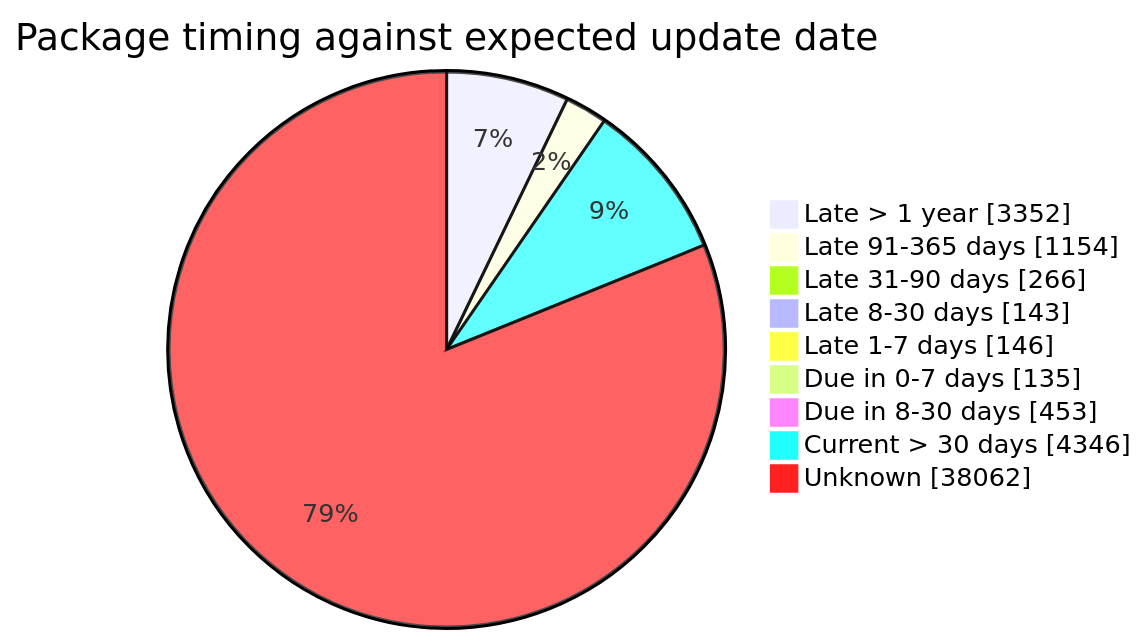
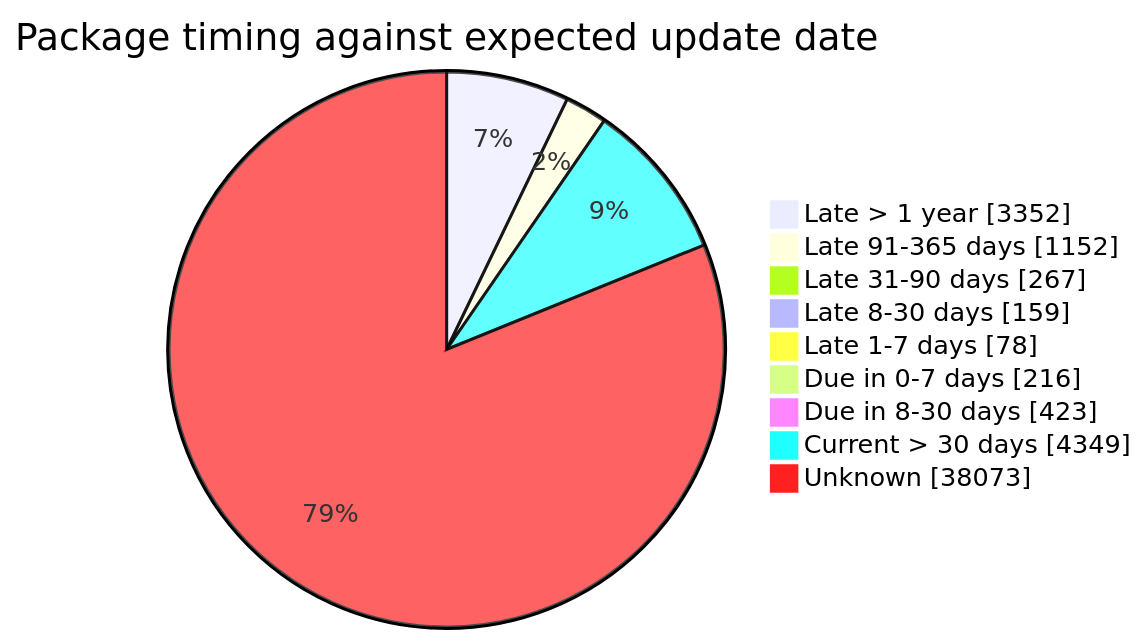
Before and after one commit to open-data/analytics-corporate-reporting: the fourth of 5 diagrams in FreshCheck/README.md, drawn with Mermaid. The commit also changed other lines of this file and 3 other files, not shown here.

````diff
--- a/FreshCheck/README.md
+++ b/FreshCheck/README.md
@@ -86,12 +86,12 @@
 ```mermaid
 pie showData title Package timing against expected update date
     "Late > 1 year": 3352
-    "Late 91-365 days": 1154
-    "Late 31-90 days": 266
-    "Late 8-30 days": 143
-    "Late 1-7 days": 146
-    "Due in 0-7 days": 135
-    "Due in 8-30 days": 453
-    "Current > 30 days": 4346
-    "Unknown": 38062
+    "Late 91-365 days": 1152
+    "Late 31-90 days": 267
+    "Late 8-30 days": 159
+    "Late 1-7 days": 78
+    "Due in 0-7 days": 216
+    "Due in 8-30 days": 423
+    "Current > 30 days": 4349
+    "Unknown": 38073
 ```
````
